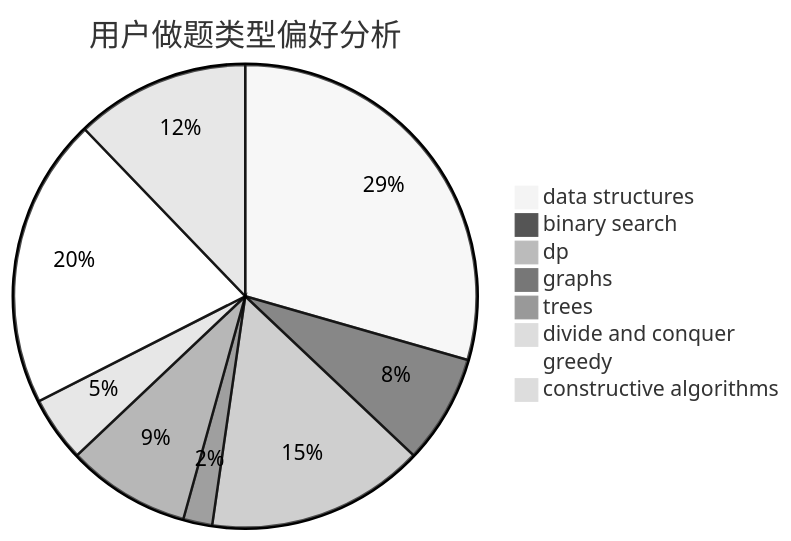
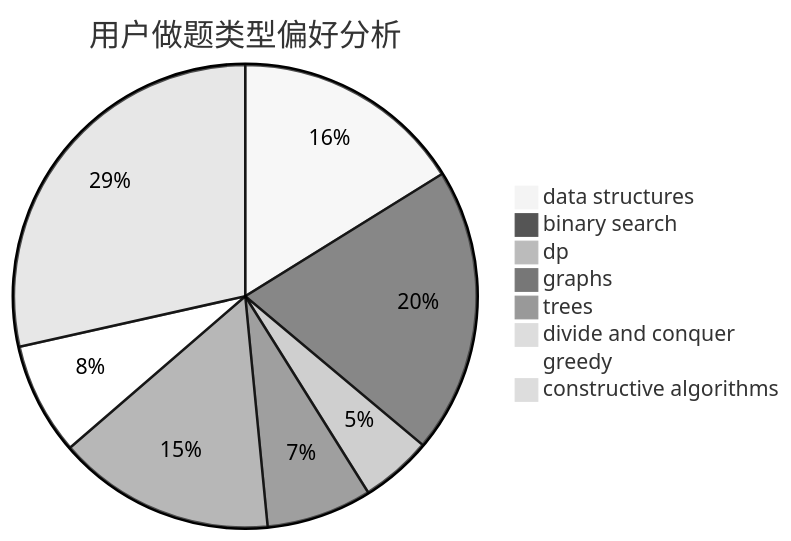
Before and after one commit to sherpahu/cfrs.github.io: the second of 3 diagrams in docs/user/u2113.md, drawn with Mermaid (neutral theme). The commit also changed other lines of this file and 2770 other files, not shown here.

````diff
--- a/docs/user/u2113.md
+++ b/docs/user/u2113.md
@@ -23,11 +23,11 @@
 ```mermaid
 pie title 用户做题类型偏好分析
-    "data structures" :  58
-    "binary search" :  15
-    "dp" :  30
-    "graphs" :  4
-    "trees" :  17
-    "divide and conquer" :  9
-    "greedy" :  40
-    "constructive algorithms" :  24
+    "data structures" :  68
+    "binary search" :  84
+    "dp" :  21
+    "graphs" :  31
+    "trees" :  64
+    "divide and conquer" :  0
+    "greedy" :  33
+    "constructive algorithms" :  120
 ```
````
